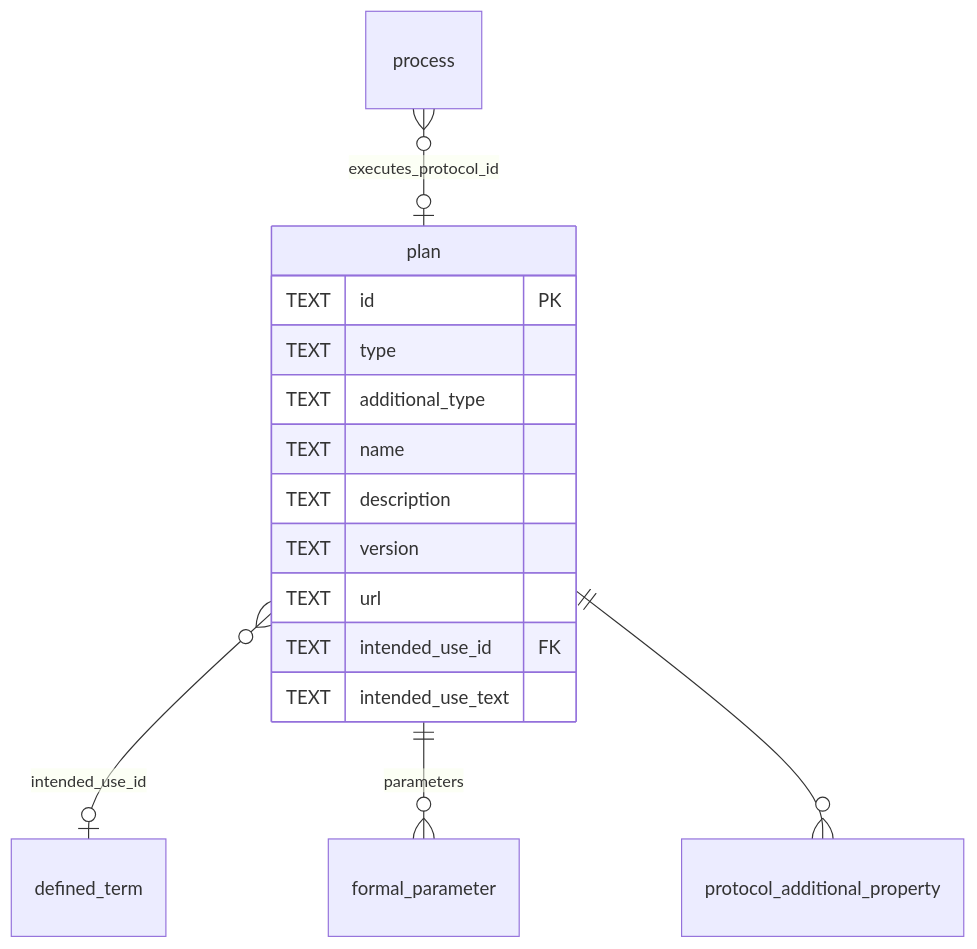
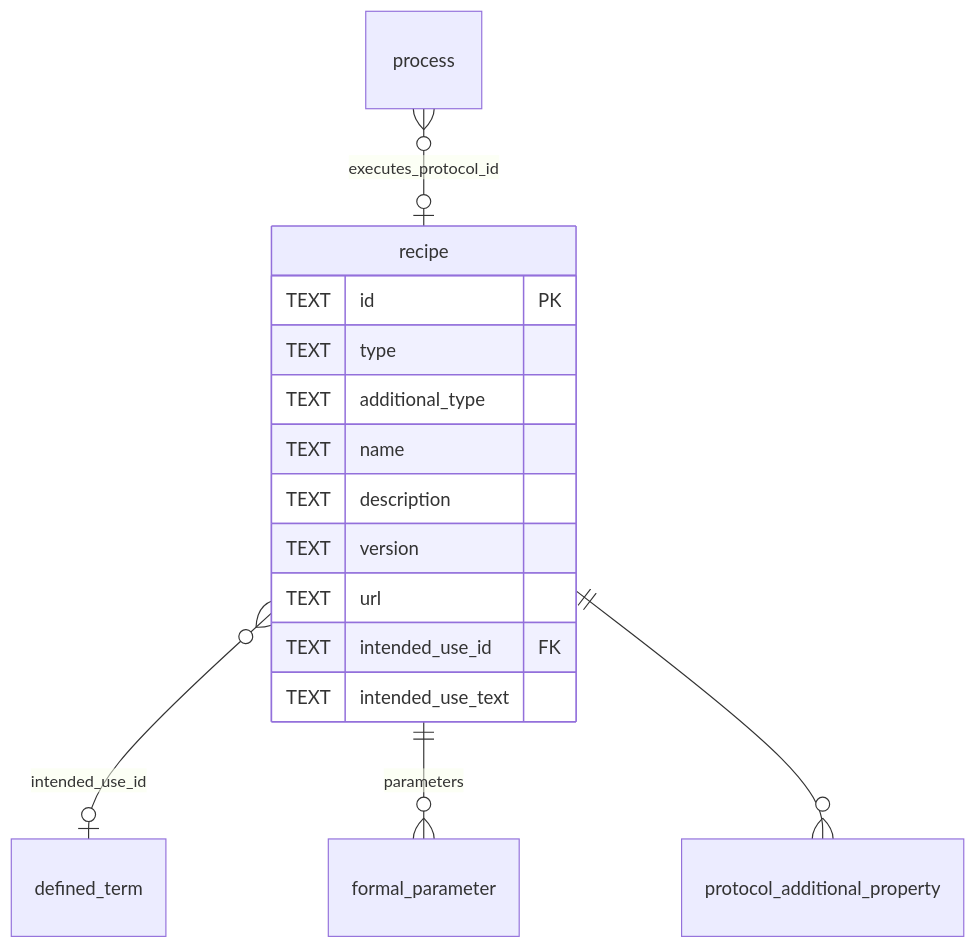
Before and after one commit to HLWeil/ProcessCore: the third of 18 diagrams in schemas/sql/design.md, drawn with Mermaid. The commit also changed other lines of this file and 71 other files, not shown here.

Commit message:
rename plan to recipe

````diff
--- a/schemas/sql/design.md
+++ b/schemas/sql/design.md
@@ -104,18 +104,18 @@
 ```mermaid
 erDiagram
-    plan {
+    recipe {
         TEXT id PK
         TEXT type
         TEXT additional_type
         TEXT name
         TEXT description
         TEXT version
         TEXT url
         TEXT intended_use_id FK
         TEXT intended_use_text
     }
-    plan }o--o| defined_term : "intended_use_id"
-    plan ||--o{ formal_parameter : "parameters"
-    plan ||--o{ protocol_additional_property : ""
-    process }o--o| plan : "executes_protocol_id"
+    recipe }o--o| defined_term : "intended_use_id"
+    recipe ||--o{ formal_parameter : "parameters"
+    recipe ||--o{ protocol_additional_property : ""
+    process }o--o| recipe : "executes_protocol_id"
 ```
````
